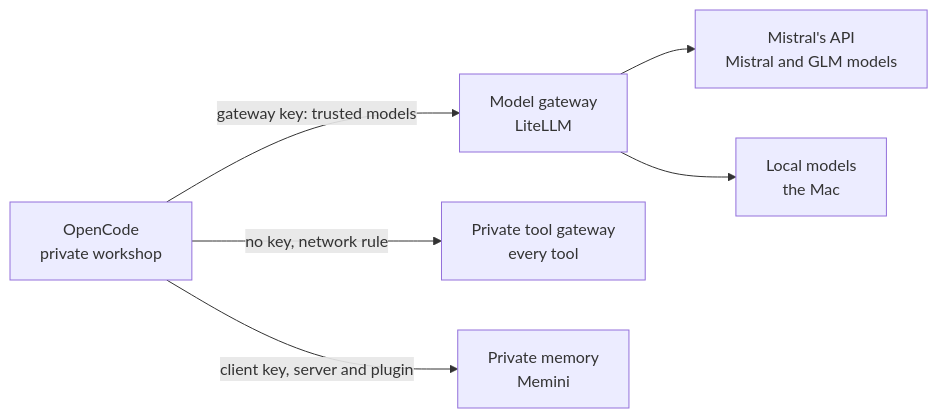
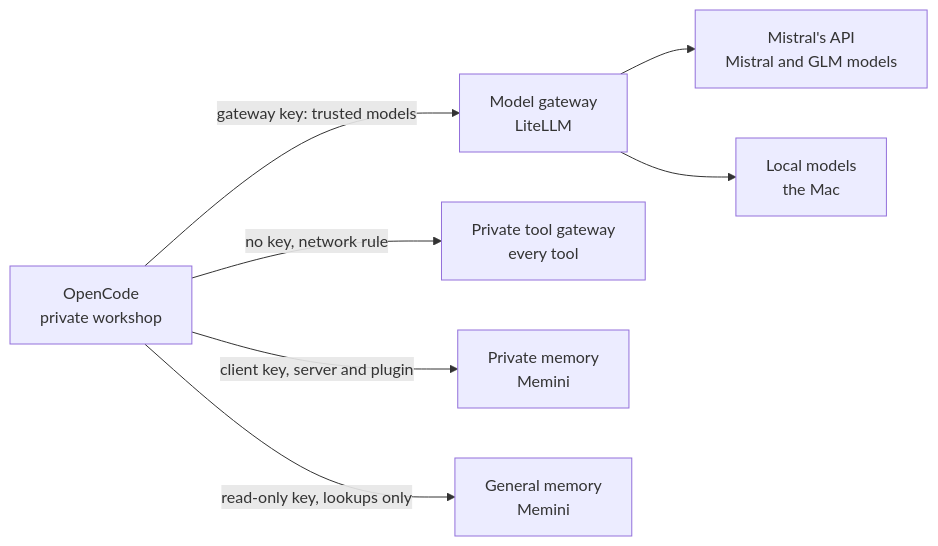
The fourth of 6 diagrams in kubernetes/apps/main/llm/docs/wiring.md (h-wb/home-ops), drawn with Mermaid before and after one commit. The commit also changed other lines of this file and 8 other files, not shown here.

First line of the commit message:
feat(paseo): the private workshop reads general memory

````diff
--- a/kubernetes/apps/main/llm/docs/wiring.md
+++ b/kubernetes/apps/main/llm/docs/wiring.md
@@ -133,14 +133,16 @@
 ```mermaid
 flowchart LR
     A["OpenCode<br/>private workshop"]:::private
     L["Model gateway<br/>LiteLLM"]:::shared
     MI["Mistral's API<br/>Mistral and GLM models"]:::outside
     LO["Local models<br/>the Mac"]:::outside
     T["Private tool gateway<br/>every tool"]:::private
     M["Private memory<br/>Memini"]:::private
+    G["General memory<br/>Memini"]:::general
     A -->|"gateway key: trusted models"| L
     L --> MI
     L --> LO
     A -->|"no key, network rule"| T
     A -->|"client key, server and plugin"| M
+    A -->|"read-only key, lookups only"| G
 ```
````
